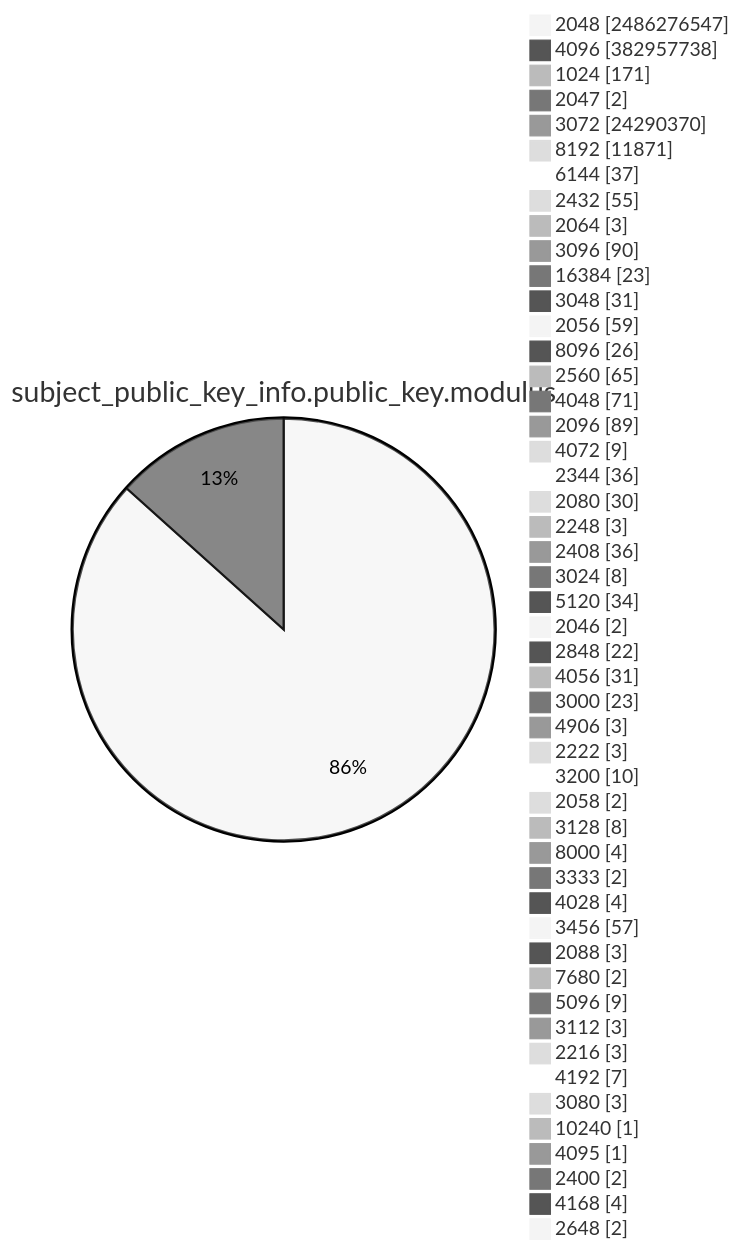
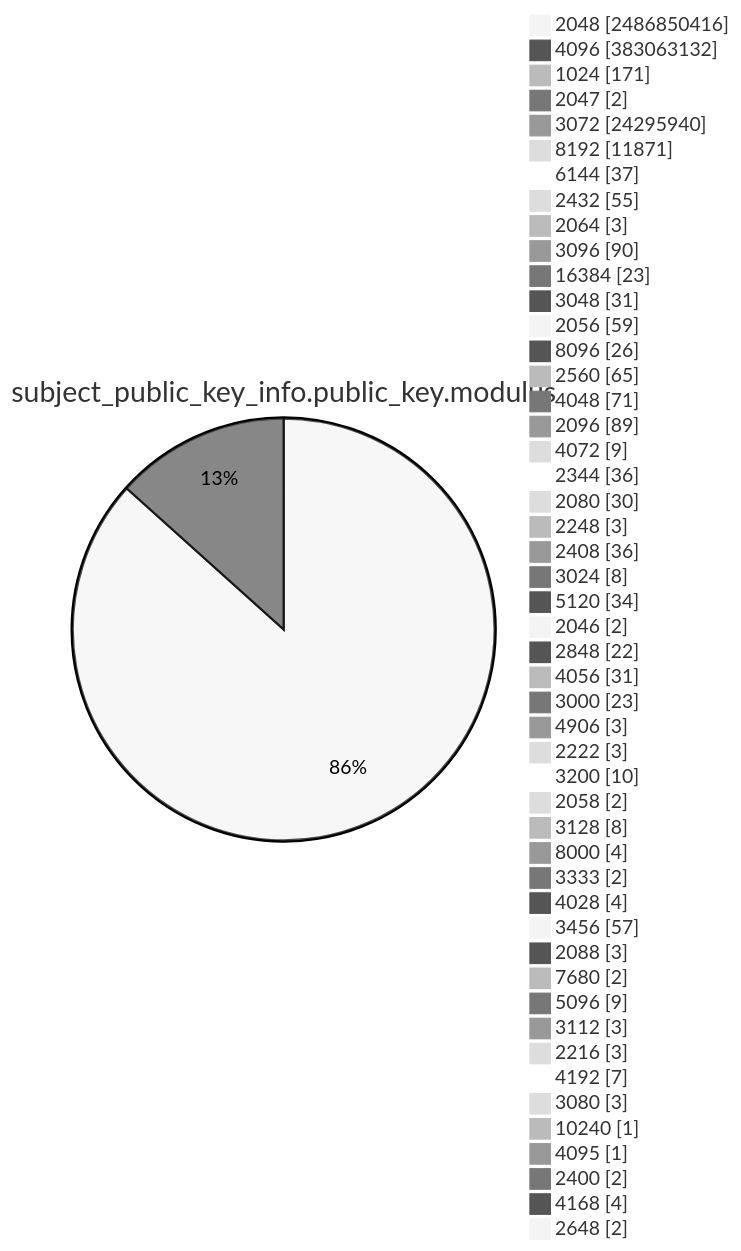
Diagram 13 of 15 in TOTAL/README.md (christiankrug/ctmonitor_visualization), drawn with Mermaid (neutral theme) before and after one commit. The commit also changed other lines of this file, not shown here.

````diff
--- a/TOTAL/README.md
+++ b/TOTAL/README.md
@@ -4168,53 +4168,53 @@
 ```mermaid
 pie showData
 title subject_public_key_info.public_key.modulus
-"2048" :2486276547
-"4096" :382957738
+"2048" :2486850416
+"4096" :383063132
 "1024" :171
 "2047" :2
-"3072" :24290370
+"3072" :24295940
 "8192" :11871
 "6144" :37
 "2432" :55
 "2064" :3
 "3096" :90
 "16384" :23
 "3048" :31
 "2056" :59
 "8096" :26
 "2560" :65
 "4048" :71
 "2096" :89
 "4072" :9
 "2344" :36
 "2080" :30
 "2248" :3
 "2408" :36
 "3024" :8
 "5120" :34
 "2046" :2
 "2848" :22
 "4056" :31
 "3000" :23
 "4906" :3
 "2222" :3
 "3200" :10
 "2058" :2
 "3128" :8
 "8000" :4
 "3333" :2
 "4028" :4
 "3456" :57
 "2088" :3
 "7680" :2
 "5096" :9
 "3112" :3
 "2216" :3
 "4192" :7
 "3080" :3
 "10240" :1
 "4095" :1
 "2400" :2
 "4168" :4
 "2648" :2
 ```
````
